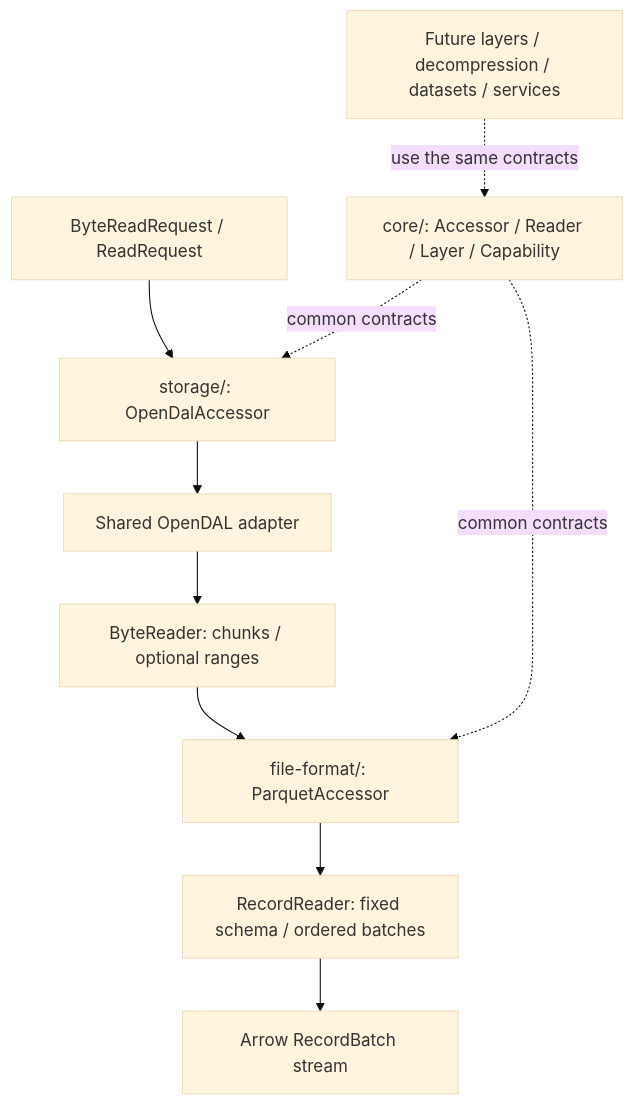
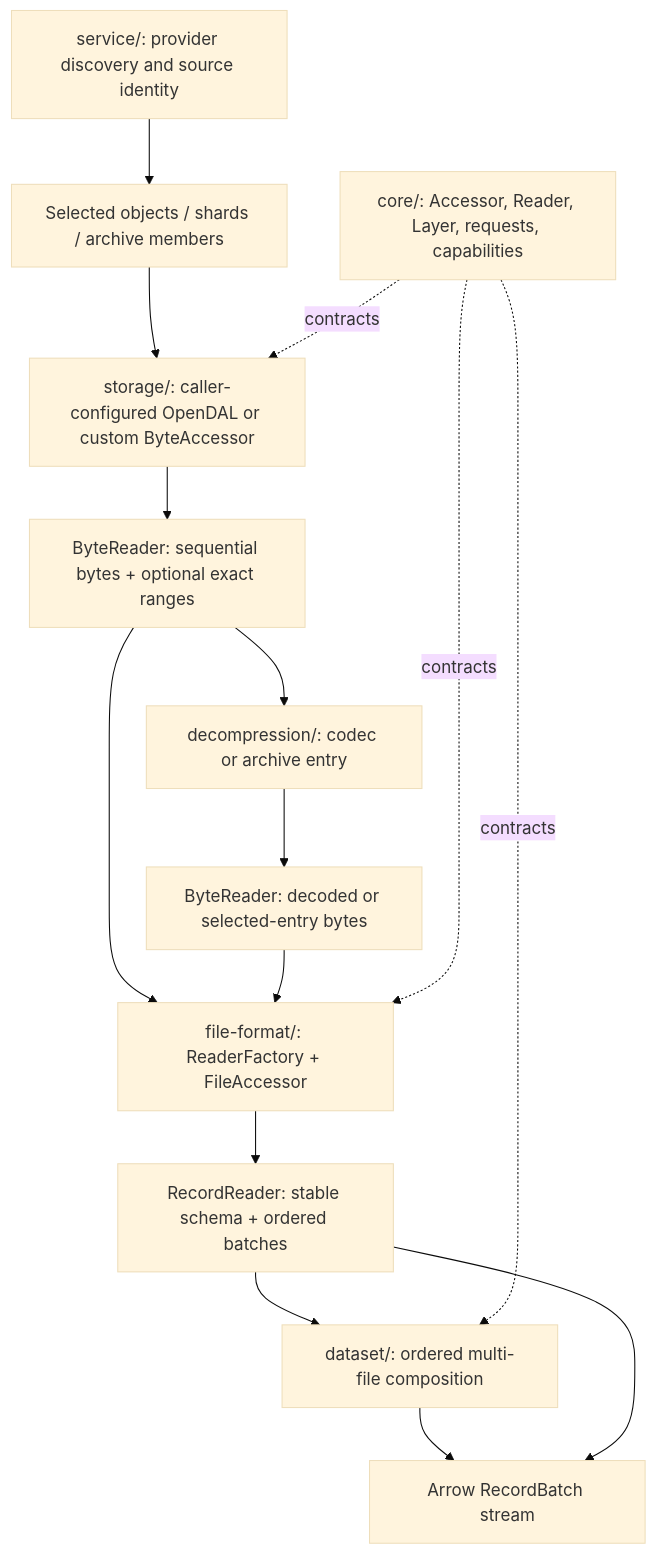
One commit to dentiny/open-arrow-access changed the diagram in docs/architecture.md. Above: the diagram before and after it, drawn with Mermaid (base theme). The commit also changed other lines of this file and 15 other files, not shown here.

Commit message:
docs: explain pretraining data preparation architecture and usage

````diff
--- a/docs/architecture.md
+++ b/docs/architecture.md
@@ -8,12 +14,17 @@
 ```mermaid
 flowchart TD
-    Request[ByteReadRequest / ReadRequest] --> Storage[storage/: OpenDalAccessor]
-    Storage --> OpenDAL[Shared OpenDAL adapter]
-    OpenDAL --> Bytes[ByteReader: chunks / optional ranges]
-    Bytes --> Format[file-format/: ParquetAccessor]
-    Format --> Records[RecordReader: fixed schema / ordered batches]
-    Records --> Stream[Arrow RecordBatch stream]
-    Core[core/: Accessor / Reader / Layer / Capability] -. common contracts .-> Storage
-    Core -. common contracts .-> Format
-    Future[Future layers / decompression / datasets / services] -. use the same contracts .-> Core
+    Provider["service/: provider discovery and source identity"] --> Objects["Selected objects / shards / archive members"]
+    Objects --> Storage["storage/: caller-configured OpenDAL or custom ByteAccessor"]
+    Storage --> Bytes["ByteReader: sequential bytes + optional exact ranges"]
+    Bytes --> Transform["decompression/: codec or archive entry"]
+    Transform --> Decoded["ByteReader: decoded or selected-entry bytes"]
+    Bytes --> Format["file-format/: ReaderFactory + FileAccessor"]
+    Decoded --> Format
+    Format --> Records["RecordReader: stable schema + ordered batches"]
+    Records --> Dataset["dataset/: ordered multi-file composition"]
+    Dataset --> Output["Arrow RecordBatch stream"]
+    Records --> Output
+    Core["core/: Accessor, Reader, Layer, requests, capabilities"] -. contracts .-> Storage
+    Core -. contracts .-> Format
+    Core -. contracts .-> Dataset
 ```
````
